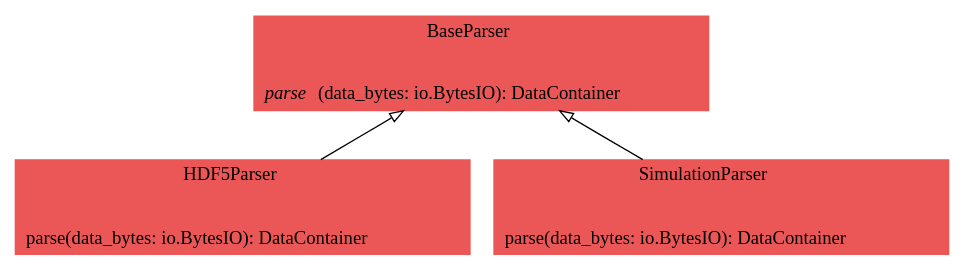
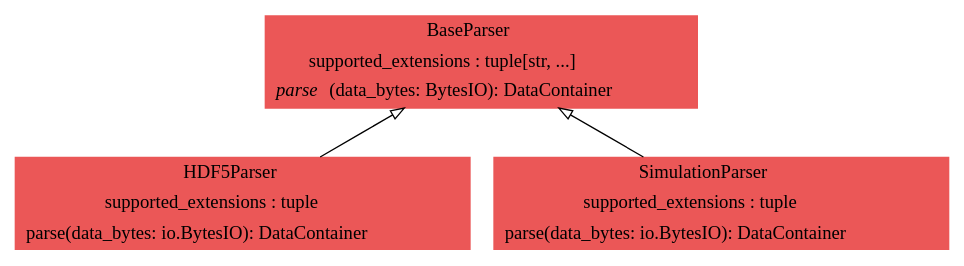
One commit to voidsy-gmbh/pyThermoNDT changed the diagram in docs/pyreverse/graphviz/classes_pythermondt.io.gv. Above: the diagram before and after it, drawn with Graphviz. The commit also changed 17 other files, not shown here.

Commit message:
Update pyreverse diagrams (#54)

```diff
--- a/docs/pyreverse/graphviz/classes_pythermondt.io.gv
+++ b/docs/pyreverse/graphviz/classes_pythermondt.io.gv
@@ -1,9 +1,9 @@
 digraph "classes_pythermondt.io" {
 rankdir=BT
 charset="utf-8"
-"pythermondt.io.parsers.base_parser.BaseParser" [color="#EB5757", fontcolor="black", label=<{BaseParser|<br ALIGN="LEFT"/>|<I>parse</I>(data_bytes: io.BytesIO): DataContainer<br ALIGN="LEFT"/>}>, shape="record", style="filled"];
-"pythermondt.io.parsers.hdf5_parser.HDF5Parser" [color="#EB5757", fontcolor="black", label=<{HDF5Parser|<br ALIGN="LEFT"/>|parse(data_bytes: io.BytesIO): DataContainer<br ALIGN="LEFT"/>}>, shape="record", style="filled"];
-"pythermondt.io.parsers.simulation_parser.SimulationParser" [color="#EB5757", fontcolor="black", label=<{SimulationParser|<br ALIGN="LEFT"/>|parse(data_bytes: io.BytesIO): DataContainer<br ALIGN="LEFT"/>}>, shape="record", style="filled"];
+"pythermondt.io.parsers.base_parser.BaseParser" [color="#EB5757", fontcolor="black", label=<{BaseParser|supported_extensions : tuple[str, ...]<br ALIGN="LEFT"/>|<I>parse</I>(data_bytes: BytesIO): DataContainer<br ALIGN="LEFT"/>}>, shape="record", style="filled"];
+"pythermondt.io.parsers.hdf5_parser.HDF5Parser" [color="#EB5757", fontcolor="black", label=<{HDF5Parser|supported_extensions : tuple<br ALIGN="LEFT"/>|parse(data_bytes: io.BytesIO): DataContainer<br ALIGN="LEFT"/>}>, shape="record", style="filled"];
+"pythermondt.io.parsers.simulation_parser.SimulationParser" [color="#EB5757", fontcolor="black", label=<{SimulationParser|supported_extensions : tuple<br ALIGN="LEFT"/>|parse(data_bytes: io.BytesIO): DataContainer<br ALIGN="LEFT"/>}>, shape="record", style="filled"];
 "pythermondt.io.parsers.hdf5_parser.HDF5Parser" -> "pythermondt.io.parsers.base_parser.BaseParser" [arrowhead="empty", arrowtail="none"];
 "pythermondt.io.parsers.simulation_parser.SimulationParser" -> "pythermondt.io.parsers.base_parser.BaseParser" [arrowhead="empty", arrowtail="none"];
 }
```
